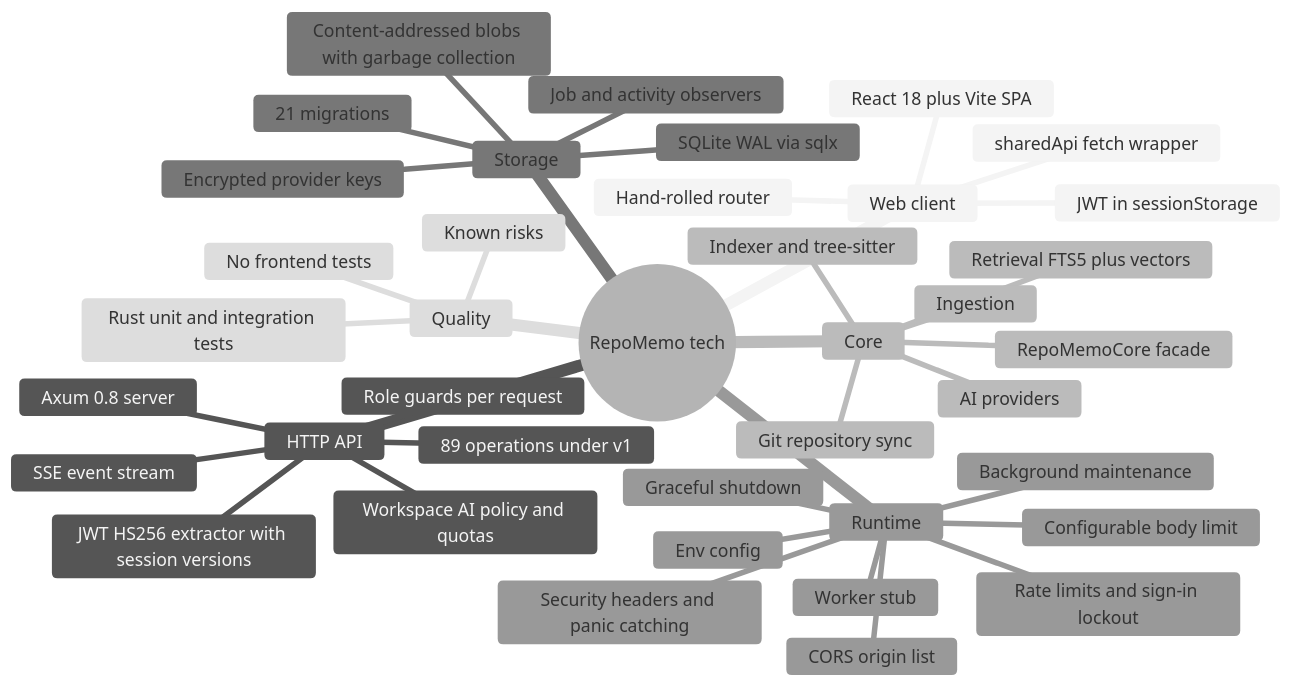
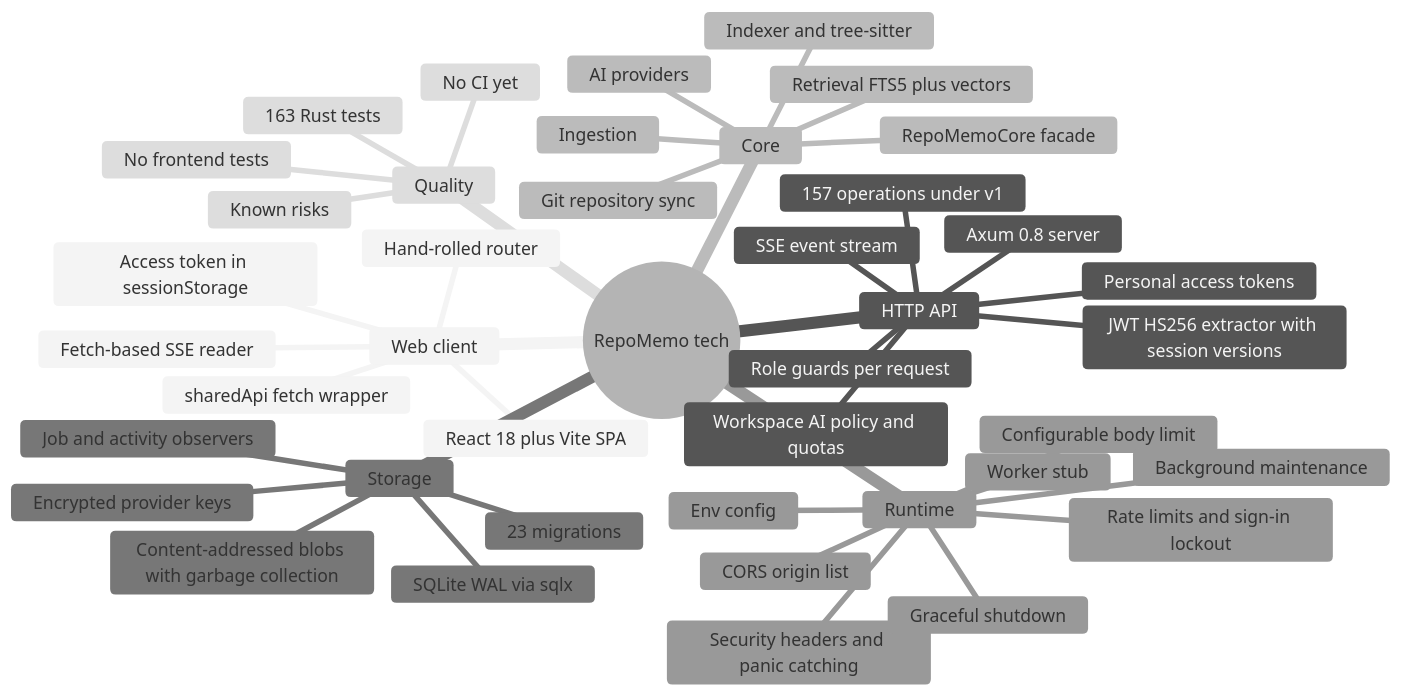
Before and after one commit to winksen/RepoMemo: the first of 6 diagrams in mindmap/TECHNICAL_MINDMAP.md, drawn with Mermaid (neutral theme). The commit also changed other lines of this file and 27 other files, not shown here.

````diff
--- a/mindmap/TECHNICAL_MINDMAP.md
+++ b/mindmap/TECHNICAL_MINDMAP.md
@@ -11,42 +11,45 @@
 ```mermaid
 mindmap
   root((RepoMemo tech))
     Web client
       React 18 plus Vite SPA
       Hand-rolled router
       sharedApi fetch wrapper
-      JWT in sessionStorage
+      Access token in sessionStorage
+      Fetch-based SSE reader
     HTTP API
       Axum 0.8 server
-      89 operations under v1
+      157 operations under v1
       JWT HS256 extractor with session versions
+      Personal access tokens
       Role guards per request
       Workspace AI policy and quotas
       SSE event stream
     Core
       RepoMemoCore facade
       Ingestion
       Indexer and tree-sitter
       Retrieval FTS5 plus vectors
       Git repository sync
       AI providers
     Storage
       SQLite WAL via sqlx
-      21 migrations
+      23 migrations
       Content-addressed blobs with garbage collection
       Encrypted provider keys
       Job and activity observers
     Runtime
       Env config
       CORS origin list
       Configurable body limit
       Rate limits and sign-in lockout
       Security headers and panic catching
       Background maintenance
       Graceful shutdown
       Worker stub
     Quality
-      Rust unit and integration tests
+      163 Rust tests
       No frontend tests
+      No CI yet
       Known risks
 ```
````
